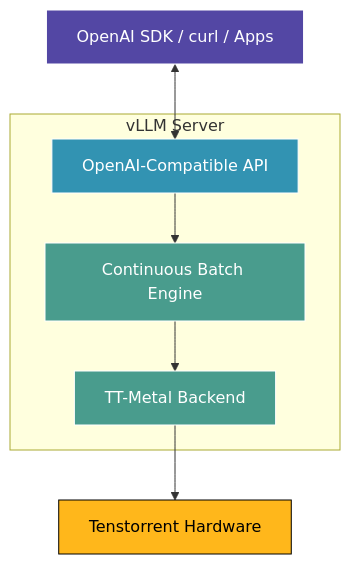
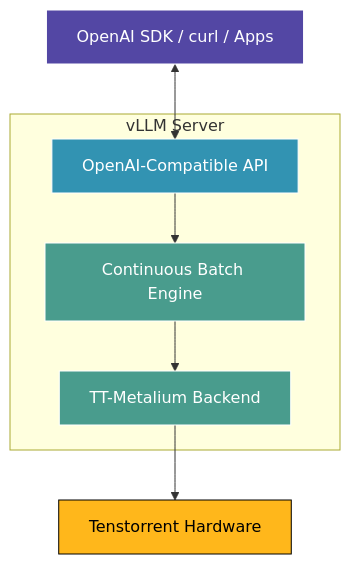
One commit to tenstorrent/tt-vscode-toolkit changed the diagram in content/lessons/vllm-production.md. Above: the diagram before and after it, drawn with Mermaid. The commit also changed other lines of this file and 139 other files, not shown here.

````diff
--- a/content/lessons/vllm-production.md
+++ b/content/lessons/vllm-production.md
@@ -68,24 +68,24 @@
 ```mermaid
 graph TB
     Clients[OpenAI SDK / curl / Apps]
 
     subgraph vLLM["vLLM Server"]
         API[OpenAI-Compatible API]
         Batch[Continuous Batch Engine]
-        Backend[TT-Metal Backend]
+        Backend[TT-Metalium Backend]
 
         API --> Batch
         Batch --> Backend
     end
 
     Hardware[Tenstorrent Hardware]
 
     Clients <--> API
     Backend --> Hardware
 
     style Clients fill:#5347a4,stroke:#fff,color:#fff
     style API fill:#3293b2,stroke:#fff,color:#fff
     style Batch fill:#499c8d,stroke:#fff,color:#fff
     style Backend fill:#499c8d,stroke:#fff,color:#fff
     style Hardware fill:#ffb71b,stroke:#000,color:#000
 ```
````
